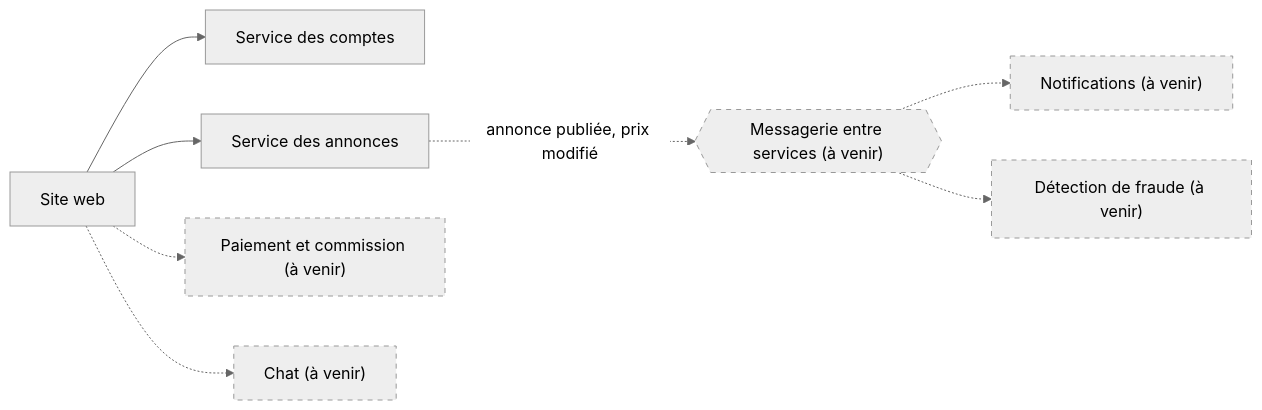
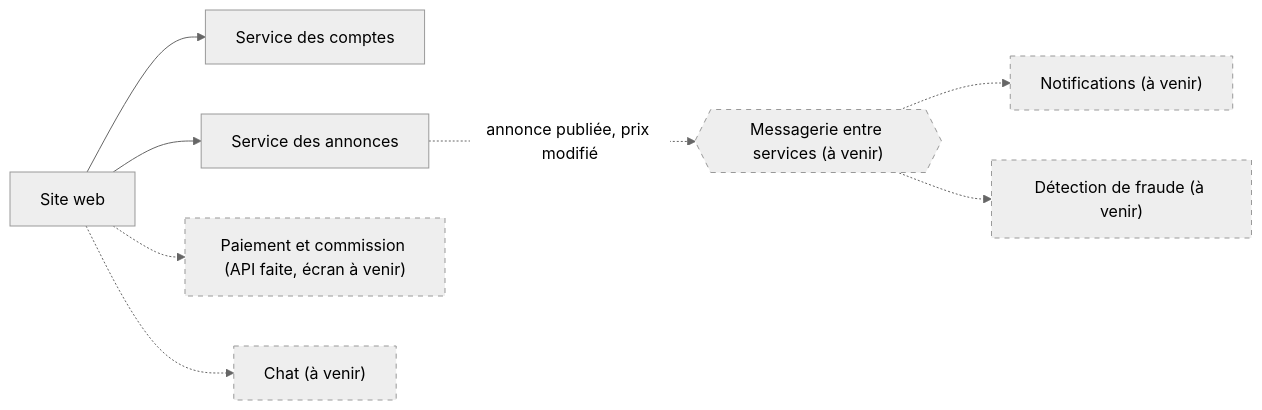
One commit to WALAAHAJJ/collector-indiv changed the eighth of 8 diagrams in docs/architecture.md. Above: the diagram before and after it, drawn with Mermaid (neutral theme). The commit also changed other lines of this file and 4 other files, not shown here.

First line of the commit message:
docs: paiement simulé (API, commission, atomicité, sécurité des cartes, tests)

````diff
--- a/docs/architecture.md
+++ b/docs/architecture.md
@@ -159,22 +185,22 @@
 ```mermaid
 flowchart LR
     site["Site web"]
     comptes["Service des comptes"]
     annonces["Service des annonces"]
     bus{{"Messagerie entre services (à venir)"}}
     notif["Notifications (à venir)"]
     fraude["Détection de fraude (à venir)"]
-    paiement["Paiement et commission (à venir)"]
+    paiement["Paiement et commission (API faite, écran à venir)"]
     chat["Chat (à venir)"]
 
     site --> comptes
     site --> annonces
     site -.-> paiement
     site -.-> chat
     annonces -. "annonce publiée, prix modifié" .-> bus
     bus -.-> notif
     bus -.-> fraude
 
     classDef planned stroke-dasharray: 5 5
     class bus,notif,fraude,paiement,chat planned
 ```
````
